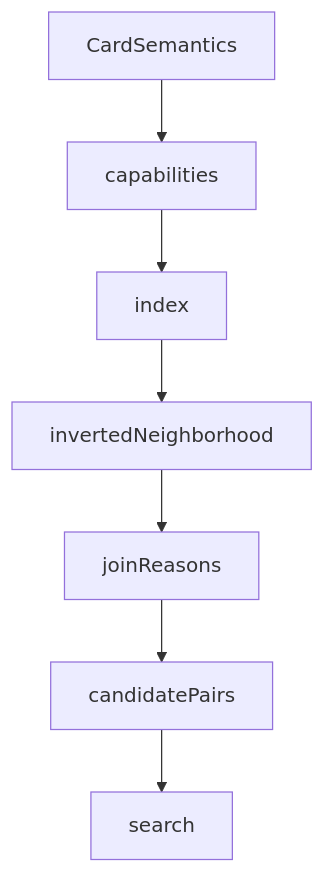
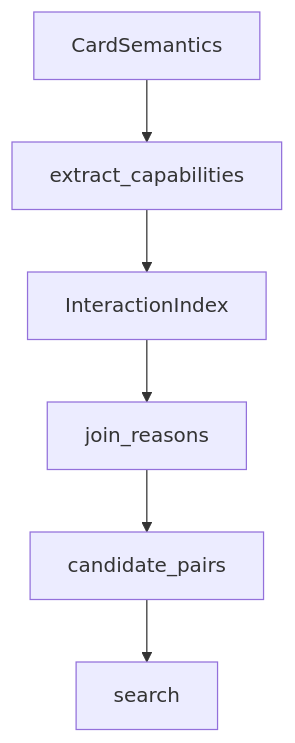
Before and after one commit to witzbeck/mtg-loop-engine: the diagram in src/mtg_loop_engine/interactions/README.md, drawn with Mermaid. The commit also changed other lines of this file and 65 other files, not shown here.

````diff
--- a/src/mtg_loop_engine/interactions/README.md
+++ b/src/mtg_loop_engine/interactions/README.md
@@ -9,9 +11,8 @@
 ```mermaid
 graph TB;
-  ir[CardSemantics] --> caps[capabilities];
-  caps --> idx[index];
-  idx --> neigh[invertedNeighborhood];
-  neigh --> reasons[joinReasons];
-  reasons --> pairs[candidatePairs];
+  ir[CardSemantics] --> caps[extract_capabilities];
+  caps --> idx[InteractionIndex];
+  idx --> reasons[join_reasons];
+  reasons --> pairs[candidate_pairs];
   pairs --> search[search];
 ```
````
